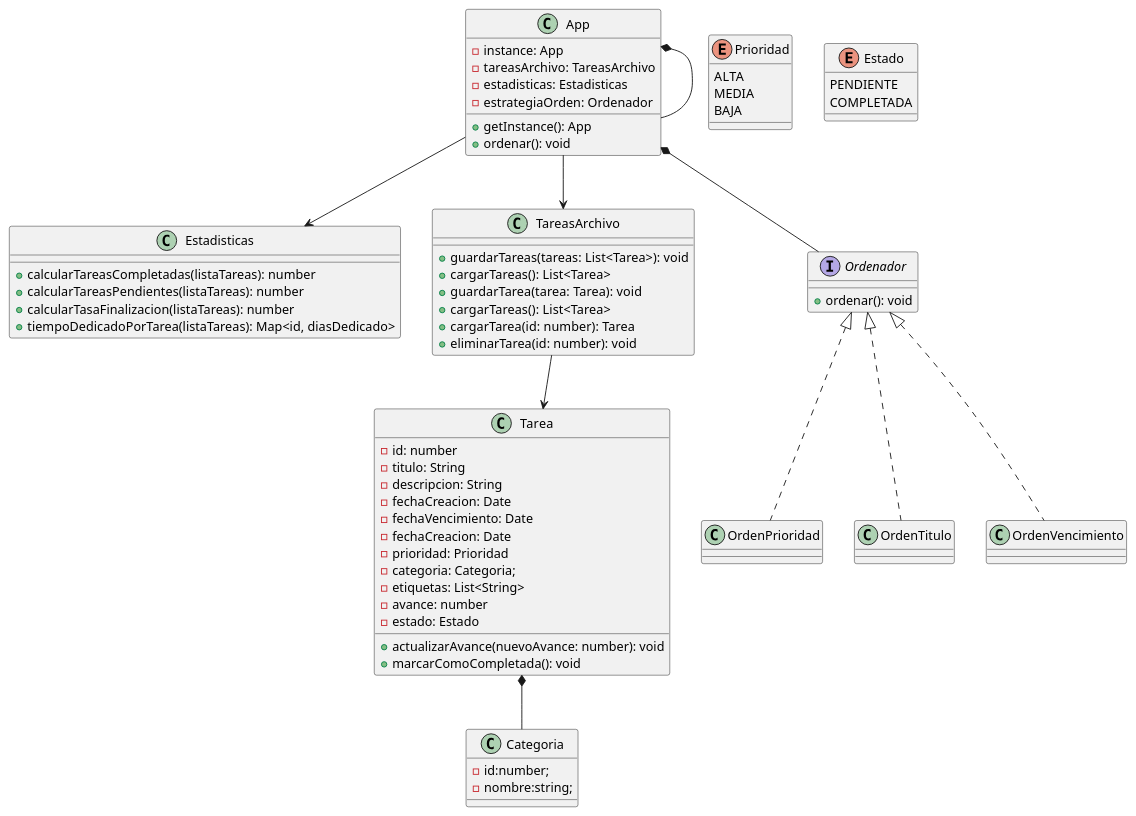
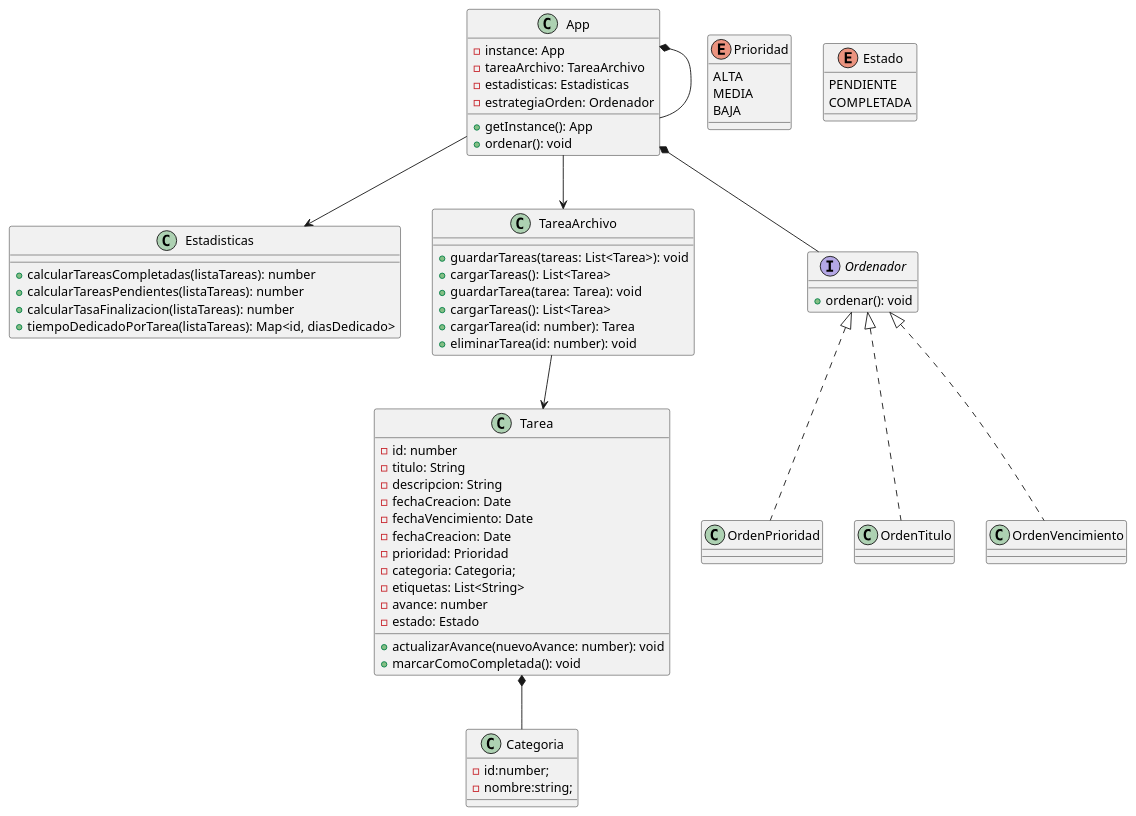
Before and after one commit to jonimarqu/utn_todo-list: the diagram in docs/diagramaClases.puml, drawn with PlantUML. The commit also changed 22 other files, not shown here.

```diff
--- a/docs/diagramaClases.puml
+++ b/docs/diagramaClases.puml
@@ -1,92 +1,89 @@
 @startuml ToDo
 
 class App {
 	-instance: App
-	-tareasArchivo: TareasArchivo
+	-tareaArchivo: TareaArchivo
 	-estadisticas: Estadisticas
 	-estrategiaOrden: Ordenador
 
 	+getInstance(): App
 	+ordenar(): void
 }
 
 class Tarea {
 	-id: number
 	-titulo: String
 	-descripcion: String
 	-fechaCreacion: Date
 	-fechaVencimiento: Date
 	-fechaCreacion: Date
 	-prioridad: Prioridad
 	-categoria: Categoria;
 	-etiquetas: List<String>
 	-avance: number
 	-estado: Estado
 
 	+actualizarAvance(nuevoAvance: number): void
 	+marcarComoCompletada(): void
 }
 
 enum Prioridad {
-		ALTA
-		MEDIA
-		BAJA
-	}
+	ALTA
+	MEDIA
+	BAJA
+}
 
-	enum Estado {
-		PENDIENTE
-		COMPLETADA
-	}
-	class Categoria{
-		-id:number;
-		-nombre:string;
-	}
-	class Estadisticas {
-		+calcularTareasCompletadas(listaTareas): number
-		+calcularTareasPendientes(listaTareas): number
-		+calcularTasaFinalizacion(listaTareas): number
-		+tiempoDedicadoPorTarea(listaTareas): Map<id, diasDedicado>
-	}
+enum Estado {
+	PENDIENTE
+	COMPLETADA
+}
 
-	class TareasArchivo {
-		+guardarTareas(tareas: List<Tarea>): void
-		+cargarTareas(): List<Tarea>
-	}
+class Categoria{
+	-id:number;
+	-nombre:string;
+}
+class Estadisticas {
+	+calcularTareasCompletadas(listaTareas): number
+	+calcularTareasPendientes(listaTareas): number
+	+calcularTasaFinalizacion(listaTareas): number
+	+tiempoDedicadoPorTarea(listaTareas): Map<id, diasDedicado>
+}
 
-	'uso
-	App --> Estadisticas
-	App --> TareasArchivo
-	TareasArchivo --> Tarea
+class TareaArchivo {
+	+guardarTareas(tareas: List<Tarea>): void
+	+cargarTareas(): List<Tarea>
+}
 
-class TareasArchivo {
+'uso
+App --> Estadisticas
+App --> TareaArchivo
+TareaArchivo --> Tarea
+
+class TareaArchivo {
 	+guardarTarea(tarea: Tarea): void
 	+cargarTareas(): List<Tarea>
 	+cargarTarea(id: number): Tarea
 	+eliminarTarea(id: number): void
 }
 
 interface Ordenador {
 	+ordenar(): void
 }
 
-class OrdenPrioridad {
-}
+class OrdenPrioridad {}
 
-class OrdenTitulo{
-}
+class OrdenTitulo{}
 
-class OrdenVencimiento{
-}
+class OrdenVencimiento{}
 
-	'composition
-	App *-- App
-	Tarea *-- Categoria
-	App *-- Ordenador
+'composition
+App *-- App
+Tarea *-- Categoria
+App *-- Ordenador
 
 'herencia
 Ordenador <|.. OrdenPrioridad
 Ordenador <|.. OrdenTitulo
 Ordenador <|.. OrdenVencimiento
 
-
 @enduml
```
